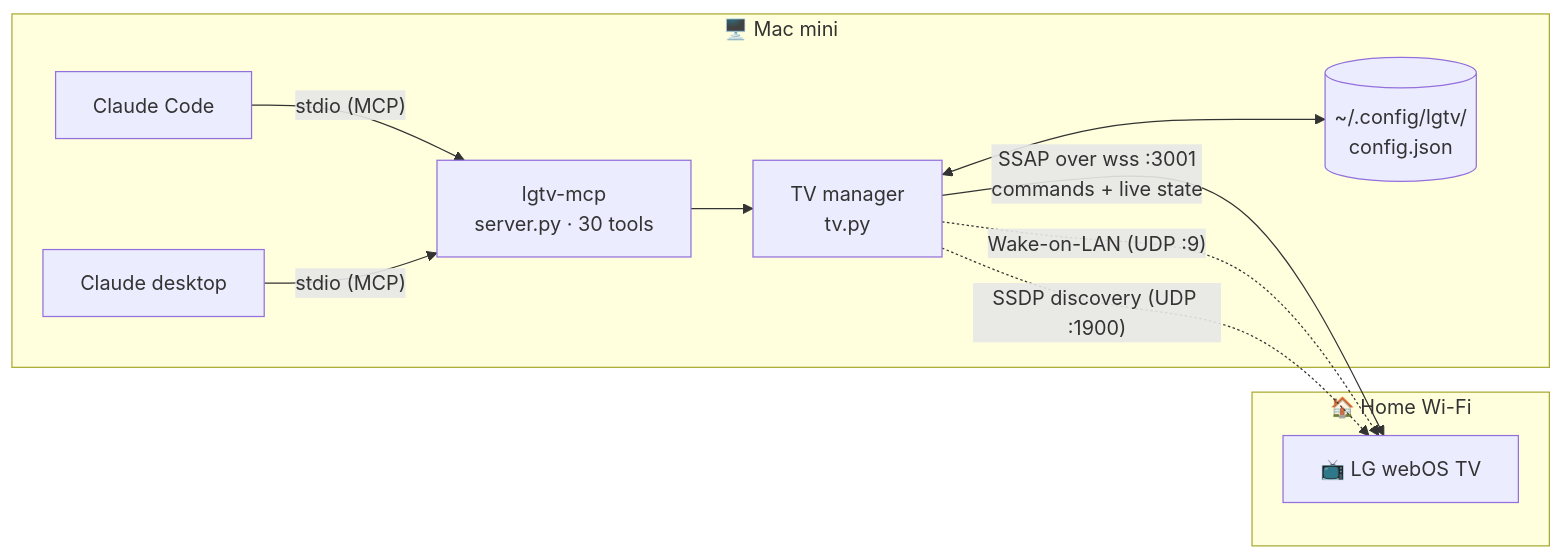
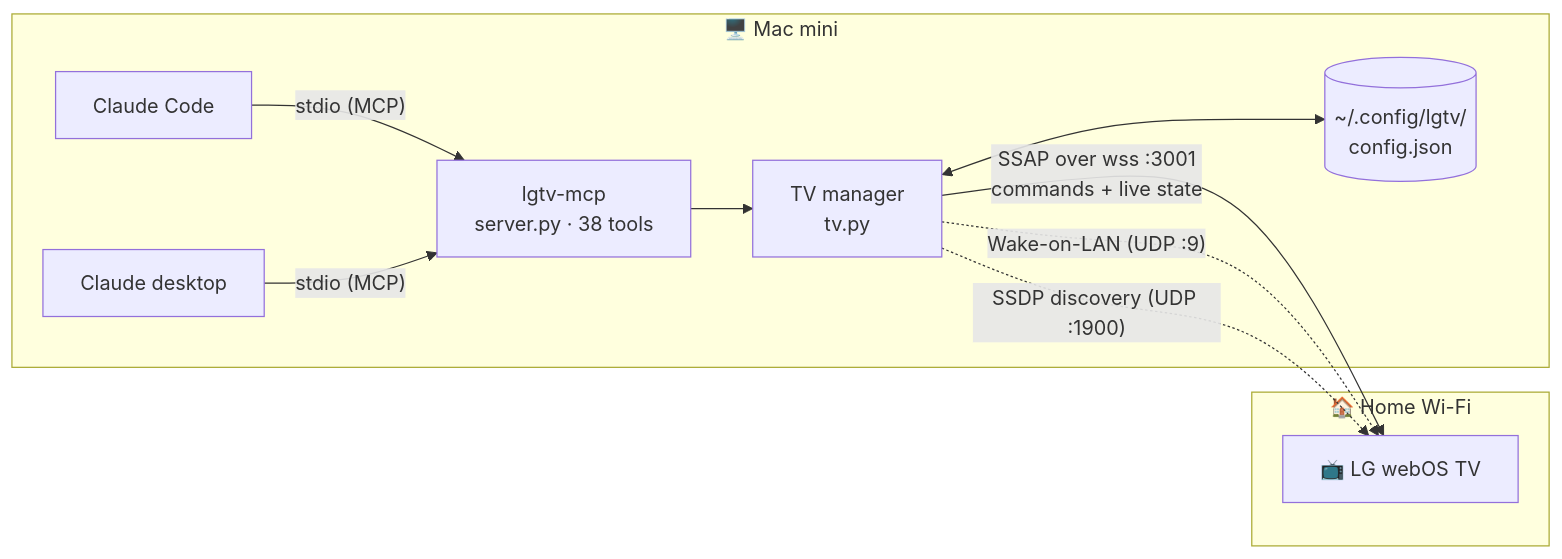
The first of 9 diagrams in docs/architecture.md (Laksh-star/lgtv-mcp), drawn with Mermaid before and after one commit. The commit also changed other lines of this file and 2 other files, not shown here.

First line of the commit message:
Document the feed wall and the screensaver handling in the architecture docs

````diff
--- a/docs/architecture.md
+++ b/docs/architecture.md
@@ -21,20 +26,20 @@
 ```mermaid
 flowchart LR
     subgraph Mac["🖥️ Mac mini"]
         CC["Claude Code"]
         CD["Claude desktop"]
-        S["lgtv-mcp<br/>server.py · 30 tools"]
+        S["lgtv-mcp<br/>server.py · 38 tools"]
         T["TV manager<br/>tv.py"]
         CFG[("~/.config/lgtv/<br/>config.json")]
         CC -- "stdio (MCP)" --> S
         CD -- "stdio (MCP)" --> S
         S --> T
         T <--> CFG
     end
     subgraph Home["🏠 Home Wi-Fi"]
         TV["📺 LG webOS TV"]
     end
     T -- "SSAP over wss :3001<br/>commands + live state" --> TV
     T -. "Wake-on-LAN (UDP :9)" .-> TV
     T -. "SSDP discovery (UDP :1900)" .-> TV
 ```
````
